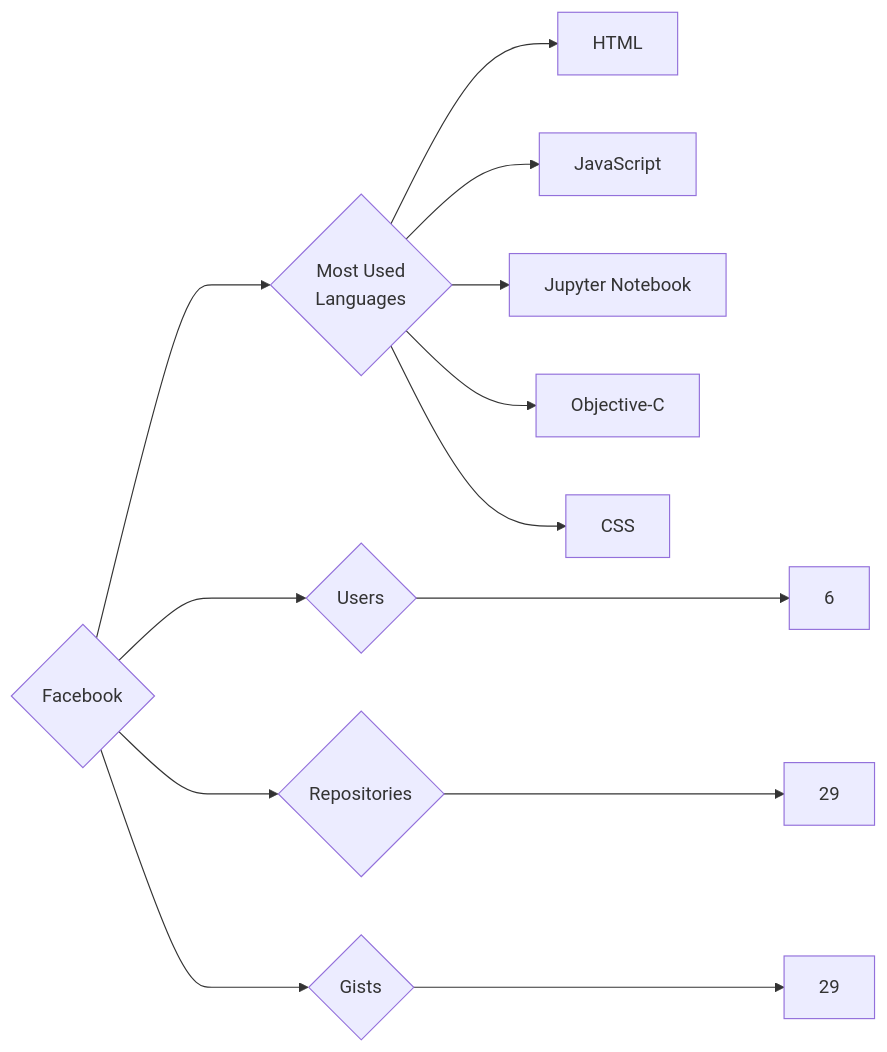
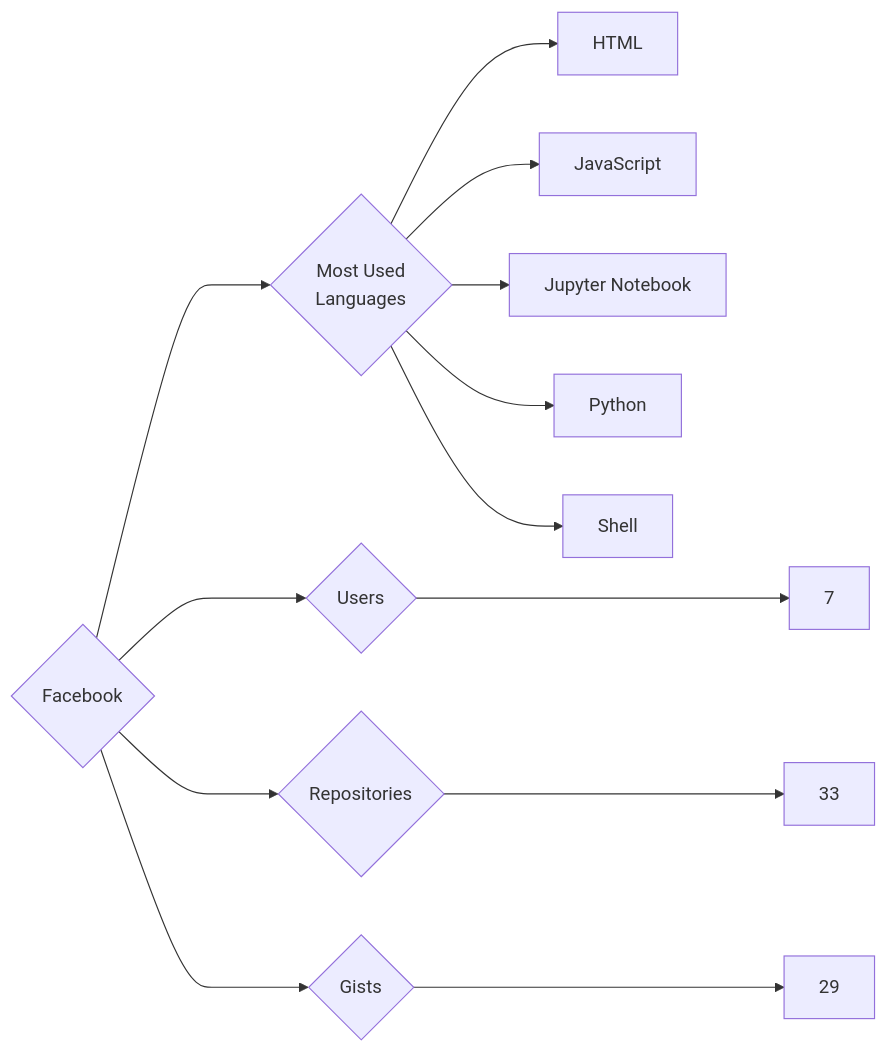
One commit to trickest/insiders changed the diagram in targets/Facebook/README.md. Above: the diagram before and after it, drawn with Mermaid. The commit also changed 1055 other files, not shown here.

````diff
--- a/targets/Facebook/README.md
+++ b/targets/Facebook/README.md
@@ -3,13 +3,13 @@
 ```mermaid
 graph LR
 COMPANY_NAME{Facebook}
-COMPANY_NAME ---> U{Users} ---> UN[6]
-COMPANY_NAME ---> R{Repositories} ---> RN[29]
+COMPANY_NAME ---> U{Users} ---> UN[7]
+COMPANY_NAME ---> R{Repositories} ---> RN[33]
 COMPANY_NAME ---> G{Gists} ---> GN[29]
 COMPANY_NAME ---> ML{Most Used<br>Languages}
 ML --> HTML[HTML]
 ML --> JavaScript[JavaScript]
 ML --> Jupyter_Notebook[Jupyter Notebook]
-ML --> Objective-C[Objective-C]
-ML --> CSS[CSS]
+ML --> Python[Python]
+ML --> Shell[Shell]
 ```
````
